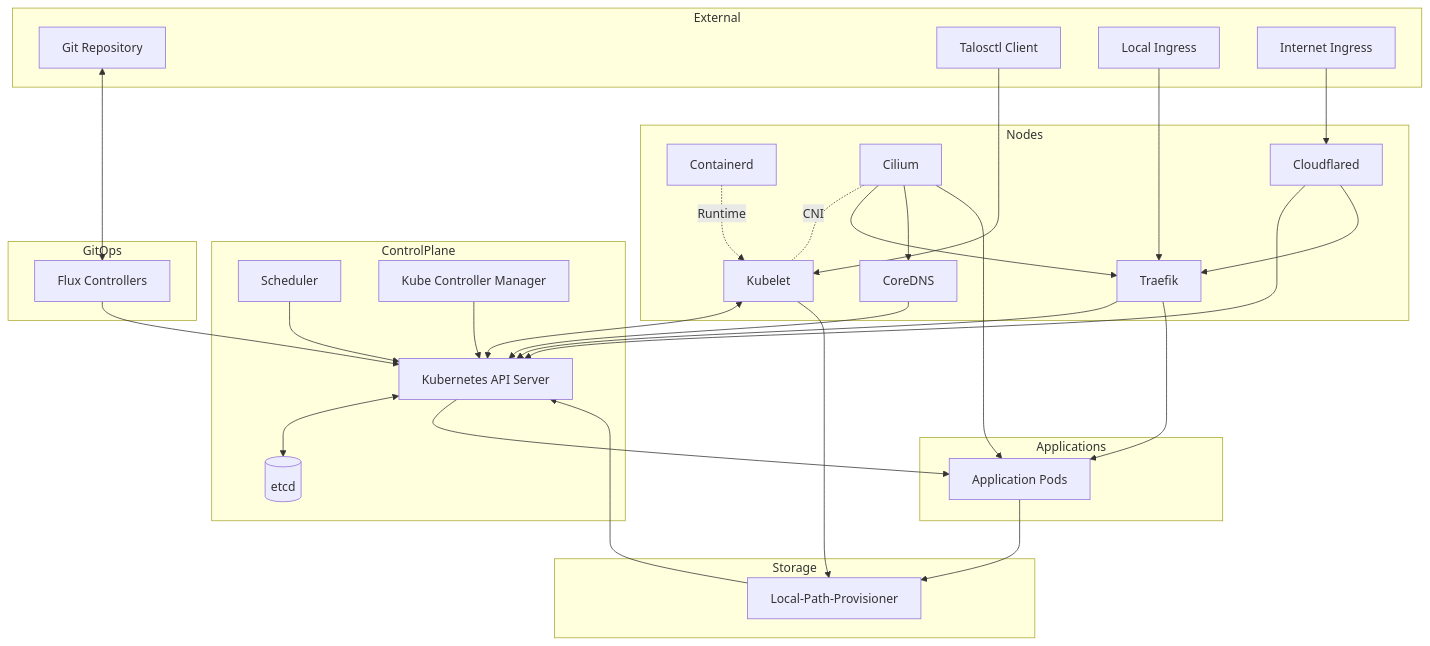
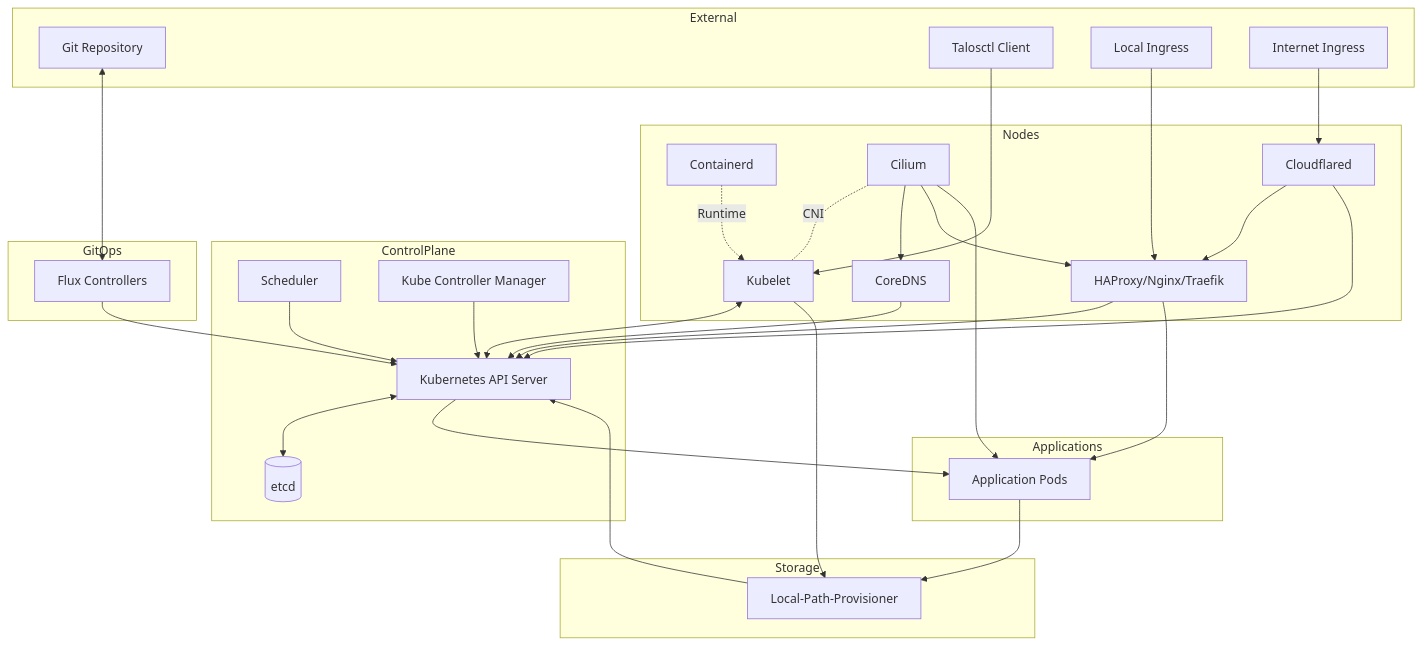
One commit to 0x4272616E646F6E/homelab changed the diagram in README.md. Above: the diagram before and after it, drawn with Mermaid.

Commit message:
updated diagram

````diff
--- a/README.md
+++ b/README.md
@@ -40,73 +40,74 @@
 ```mermaid
 flowchart TD
   %% External
   subgraph External
     GIT[Git Repository]
     USER[Talosctl Client]
     LOCALNET[Local Ingress]
     NET[Internet Ingress]
   end
 
   %% Control Plane
   subgraph ControlPlane
     APIS[Kubernetes API Server]
     ETCD[(etcd)]
     SCHED[Scheduler]
     KCM[Kube Controller Manager]
   end
 
   APIS <--> ETCD
   SCHED --> APIS
   KCM --> APIS
 
   %% GitOps (runs in cluster)
   subgraph GitOps
     FLUX[Flux Controllers]
   end
 
   GIT <--> FLUX
   FLUX --> APIS
 
   %% Nodes / Data Plane
   subgraph Nodes
     KUBE[Kubelet]
     CRI[Containerd]
     CIL[Cilium]
     DNS[CoreDNS]
-    TRF[Traefik]
+    TRF[HAProxy/Nginx/Traefik]
     CFD[Cloudflared]
   end
 
   KUBE <--> APIS
   CRI -. Runtime .-> KUBE
   CIL -. CNI .- KUBE
   DNS --> APIS
   TRF --> APIS
-  CFD --> APIS
+  CFD --> TRF
   NET --> CFD
   LOCALNET --> TRF
-  CFD --> TRF
+  CFD --> APIS
+  CIL --> DNS
   CIL --> TRF
-  CIL --> DNS
+
 
   %% Storage
   subgraph Storage
     LPP[Local-Path-Provisioner]
   end
 
   LPP --> APIS
   KUBE --> LPP
 
   %% Applications
   subgraph Applications
     APP[Application Pods]
   end
 
   APIS --> APP
   CIL --> APP
   TRF --> APP
   APP --> LPP
 
   %% Talos management
   USER --> KUBE
 ```
````
